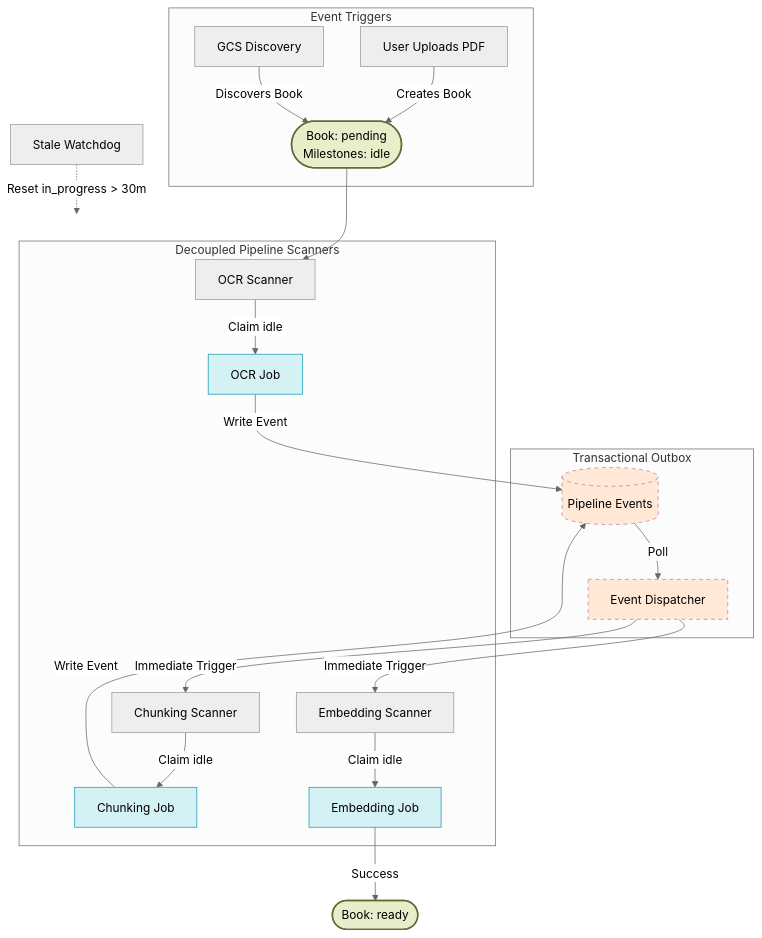
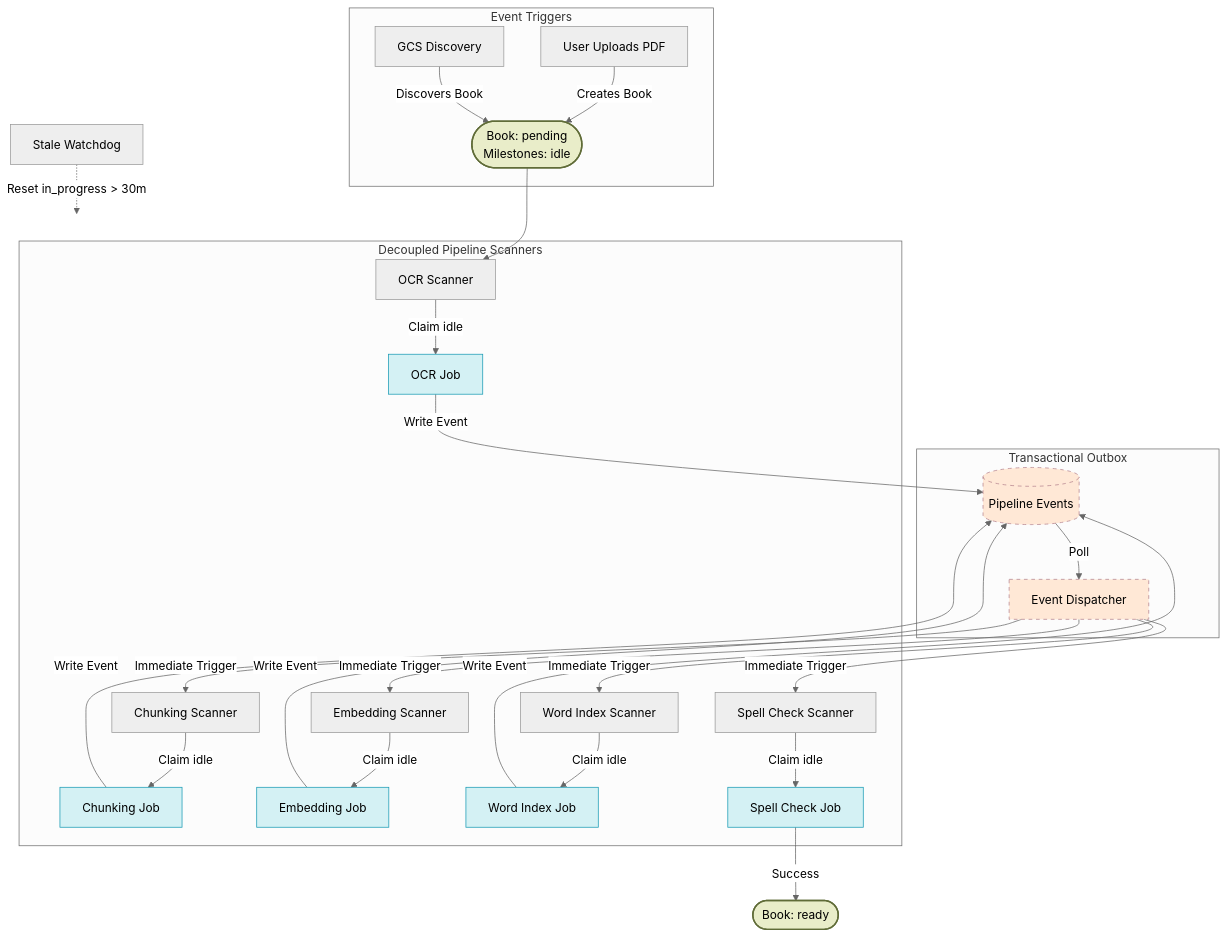
Before and after one commit to Kitabim-AI/kitabim-ai: the first of 3 diagrams in docs/book_processing_diagram.md, drawn with Mermaid (neutral theme). The commit also changed other lines of this file and 9 other files, not shown here.

````diff
--- a/docs/book_processing_diagram.md
+++ b/docs/book_processing_diagram.md
@@ -8,44 +8,50 @@
 ```mermaid
 flowchart TD
     %% Triggers
     subgraph Triggers [Event Triggers]
         T1[User Uploads PDF] -->|Creates Book| InitDB
         T2[GCS Discovery] -->|Discovers Book| InitDB
     end
 
     InitDB([Book: pending\nMilestones: idle])
 
     %% State Machine / Scanners
     subgraph Pipeline [Decoupled Pipeline Scanners]
         S_OCR[OCR Scanner] -->|Claim idle| J_OCR[OCR Job]
         S_CH[Chunking Scanner] -->|Claim idle| J_CH[Chunking Job]
         S_EM[Embedding Scanner] -->|Claim idle| J_EM[Embedding Job]
+        S_WI[Word Index Scanner] -->|Claim idle| J_WI[Word Index Job]
+        S_SC[Spell Check Scanner] -->|Claim idle| J_SC[Spell Check Job]
     end
 
     InitDB --> S_OCR
 
     %% Event Bus / Outbox
     subgraph Outbox [Transactional Outbox]
         J_OCR -->|Write Event| OB[(Pipeline Events)]
         J_CH -->|Write Event| OB
+        J_EM -->|Write Event| OB
+        J_WI -->|Write Event| OB
         
         OB -->|Poll| ED[Event Dispatcher]
         
         ED -->|Immediate Trigger| S_CH
         ED -->|Immediate Trigger| S_EM
+        ED -->|Immediate Trigger| S_WI
+        ED -->|Immediate Trigger| S_SC
     end
 
     %% Terminal states
-    J_EM -->|Success| Ready([Book: ready])
+    J_SC -->|Success| Ready([Book: ready])
     
     %% Monitoring
     Watchdog[Stale Watchdog] -.->|Reset in_progress > 30m| Pipeline
 
     classDef stage fill:#e9edc9,stroke:#606c38,stroke-width:2px
     classDef job fill:#d4f1f4,stroke:#189ab4,stroke-width:1px
     classDef event fill:#ffe8d6,stroke:#b5838d,stroke-dasharray: 5 5
 
     class InitDB,Ready stage
-    class J_OCR,J_CH,J_EM job
+    class J_OCR,J_CH,J_EM,J_WI,J_SC job
     class OB,ED event
 ```
````
